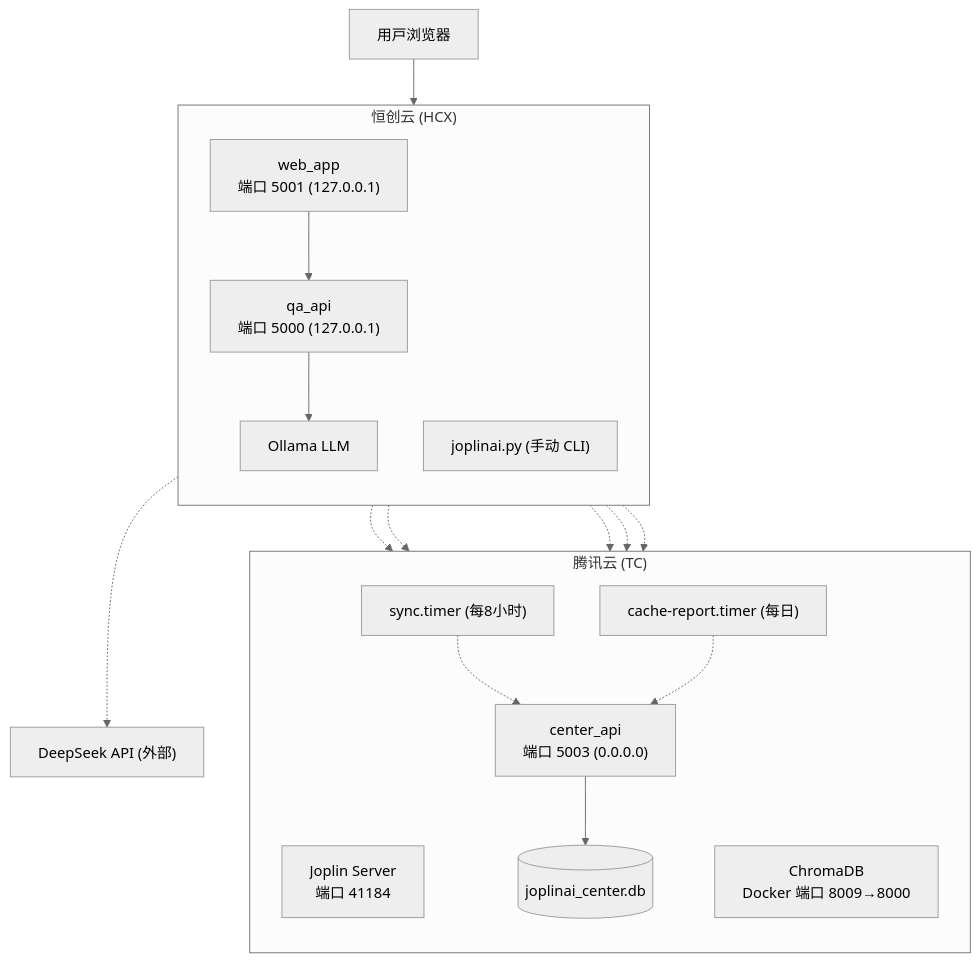
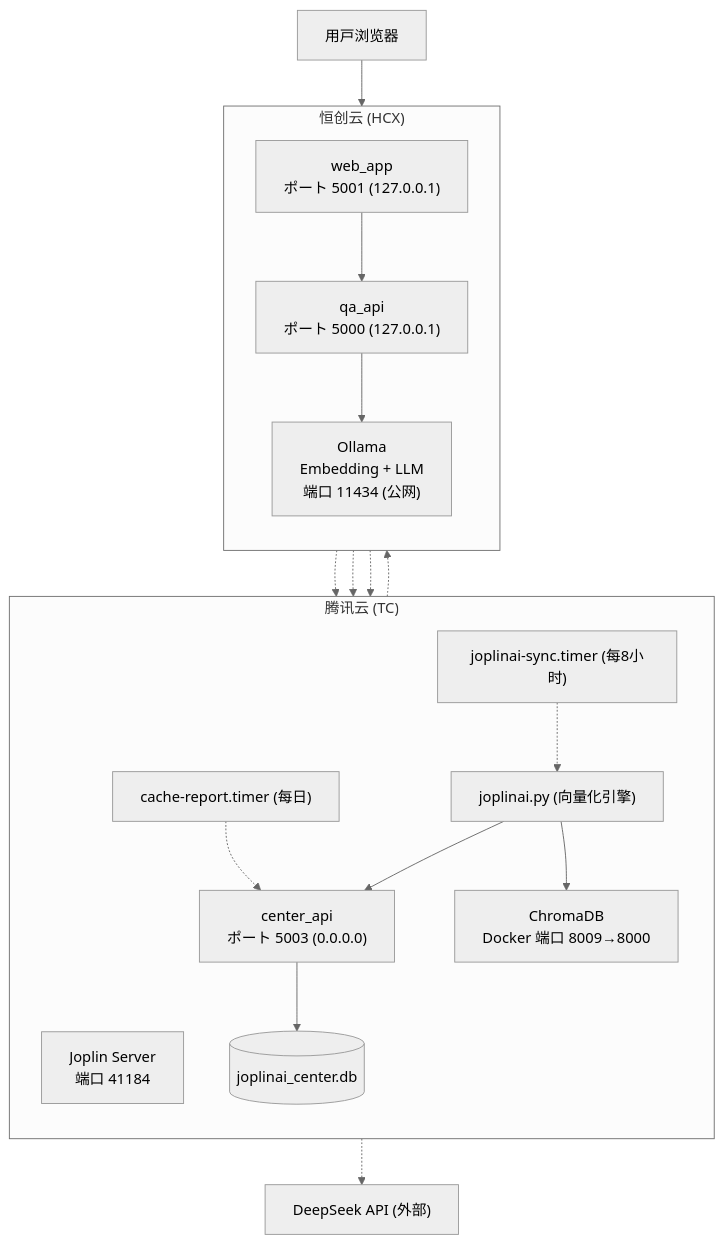
The first of 10 diagrams in docs/TECHNICAL_MANUAL.md (heart5/joplinai), drawn with Mermaid (neutral theme) before and after one commit. The commit also changed other lines of this file and 3 other files, not shown here.

First line of the commit message:
docs: 四份文档全量更新至当前架构 — 分布式向量化/ChromaDB/ER图

````diff
--- a/docs/TECHNICAL_MANUAL.md
+++ b/docs/TECHNICAL_MANUAL.md
@@ -27,38 +27,39 @@
 ```mermaid
 flowchart TB
     subgraph TC["腾讯云 (TC)"]
         direction TB
         TC_JOPLIN["Joplin Server<br/>端口 41184"]
         TC_CHROMA["ChromaDB<br/>Docker 端口 8009→8000"]
-        TC_CENTER["center_api<br/>端口 5003 (0.0.0.0)"]
+        TC_CENTER["center_api<br/>ポート 5003 (0.0.0.0)"]
         TC_SQLITE[("joplinai_center.db")]
-        TC_TIMER_SYNC["sync.timer (每8小时)"]
+        TC_TIMER_SYNC["joplinai-sync.timer (每8小时)"]
         TC_TIMER_REPORT["cache-report.timer (每日)"]
+        TC_CLI["joplinai.py (向量化引擎)"]
 
         TC_CENTER --> TC_SQLITE
-        TC_TIMER_SYNC -.-> TC_CENTER
+        TC_TIMER_SYNC -.-> TC_CLI
         TC_TIMER_REPORT -.-> TC_CENTER
+        TC_CLI --> TC_CHROMA
+        TC_CLI --> TC_CENTER
     end
 
     subgraph HCX["恒创云 (HCX)"]
         direction TB
-        HCX_OLLAMA["Ollama LLM"]
-        HCX_QA["qa_api<br/>端口 5000 (127.0.0.1)"]
-        HCX_WEB["web_app<br/>端口 5001 (127.0.0.1)"]
-        HCX_CLI["joplinai.py (手动 CLI)"]
+        HCX_OLLAMA["Ollama<br/>Embedding + LLM<br/>端口 11434 (公网)"]
+        HCX_QA["qa_api<br/>ポート 5000 (127.0.0.1)"]
+        HCX_WEB["web_app<br/>ポート 5001 (127.0.0.1)"]
 
         HCX_QA --> HCX_OLLAMA
         HCX_WEB --> HCX_QA
     end
 
     DEEPSEEK["DeepSeek API (外部)"]
     USERS["用户浏览器"]
 
     USERS --> HCX_WEB
     HCX_QA -.-> TC_CENTER
     HCX_QA -.-> TC_CHROMA
     HCX_WEB -.-> TC_CENTER
-    HCX_CLI -.-> TC_CHROMA
-    HCX_CLI -.-> DEEPSEEK
-    HCX_CLI -.-> TC_CENTER
+    TC_CLI -.-> HCX_OLLAMA
+    TC_CLI -.-> DEEPSEEK
 ```
````
